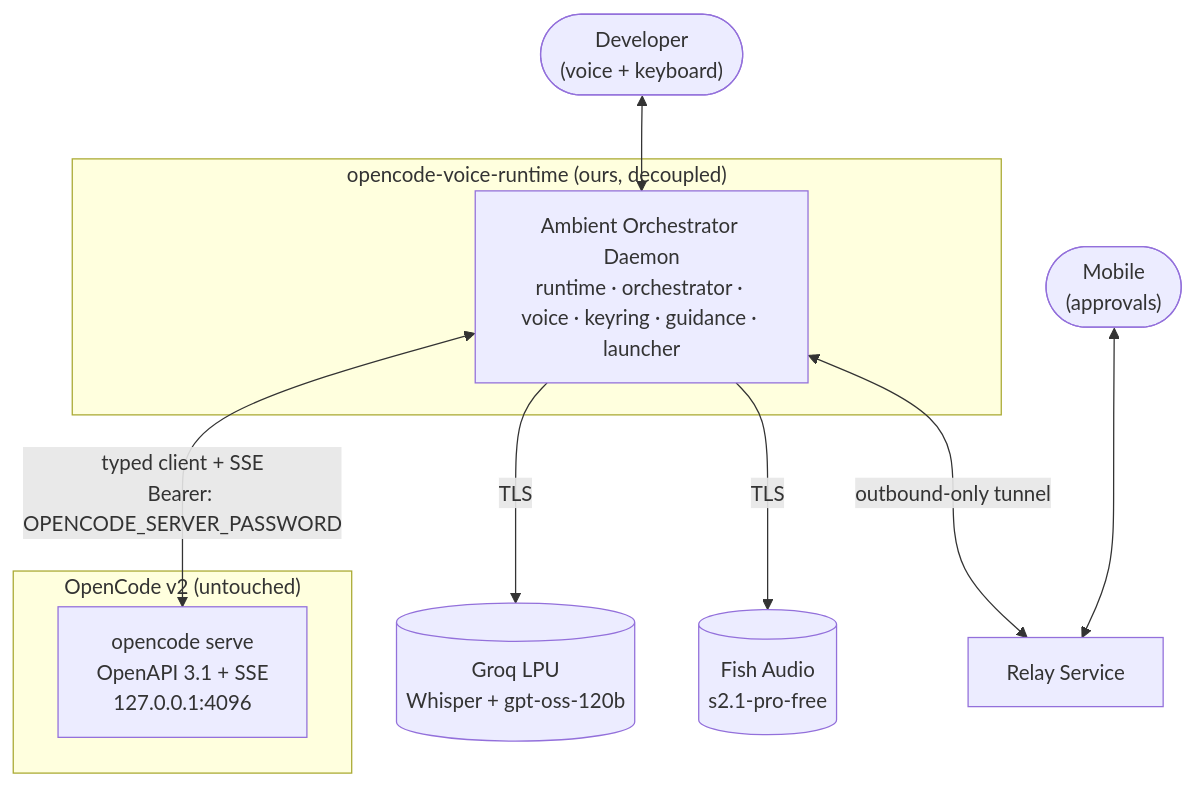
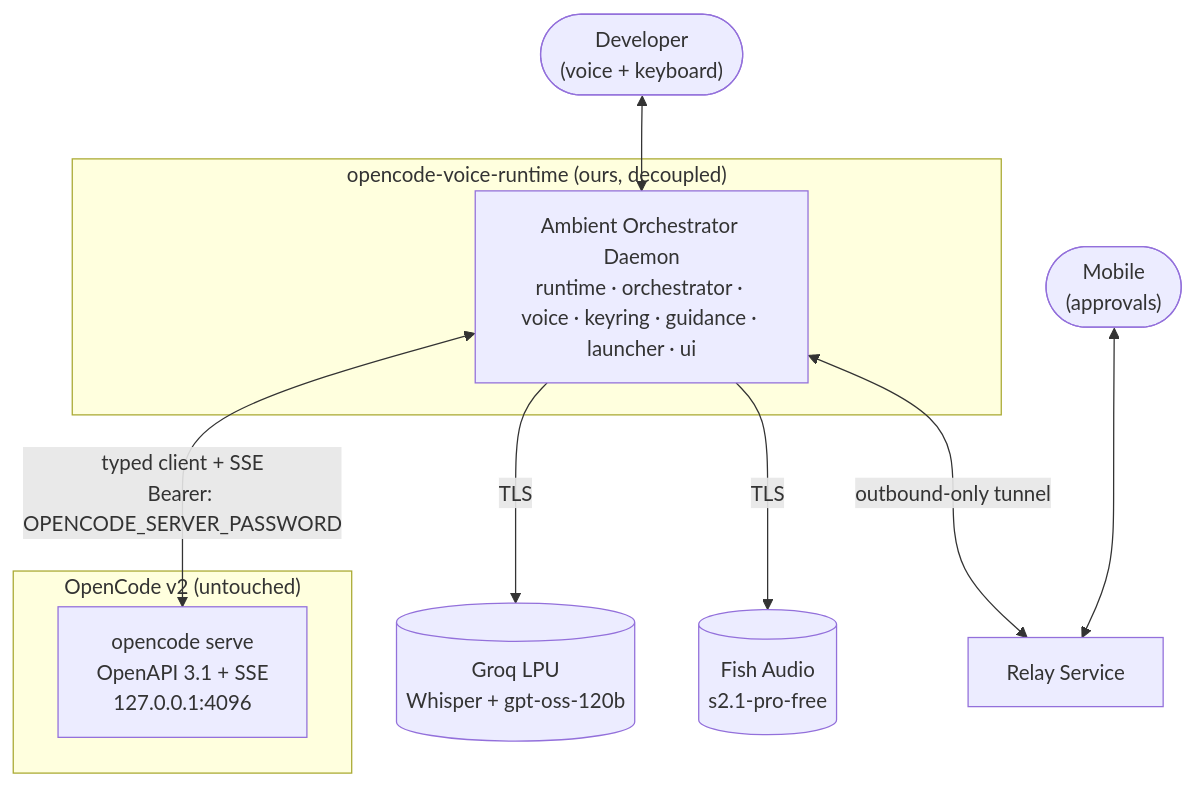
The first of 8 diagrams in docs/04-ARCHITECTURE.md (3mar-baha/Vantrilex-OpenCode-Assistant), drawn with Mermaid before and after one commit. The commit also changed other lines of this file, not shown here.

````diff
--- a/docs/04-ARCHITECTURE.md
+++ b/docs/04-ARCHITECTURE.md
@@ -22,15 +30,15 @@
 ```mermaid
 flowchart TB
     DEV(["Developer\n(voice + keyboard)"]) <--> ORCH
     MOB(["Mobile\n(approvals)"]) <--> RELAY
     subgraph OURS["opencode-voice-runtime (ours, decoupled)"]
-        ORCH["Ambient Orchestrator Daemon\nruntime · orchestrator · voice · keyring · guidance · launcher"]
+        ORCH["Ambient Orchestrator Daemon\nruntime · orchestrator · voice · keyring · guidance · launcher · ui"]
     end
     subgraph UPSTREAM["OpenCode v2 (untouched)"]
         SERVE["opencode serve\nOpenAPI 3.1 + SSE\n127.0.0.1:4096"]
     end
     ORCH <-->|typed client + SSE<br/>Bearer: OPENCODE_SERVER_PASSWORD| SERVE
     ORCH -->|TLS| GROQ[("Groq LPU\nWhisper + gpt-oss-120b")]
     ORCH -->|TLS| FISH[("Fish Audio\ns2.1-pro-free")]
     ORCH <-->|outbound-only tunnel| RELAY["Relay Service"]
 ```
````
